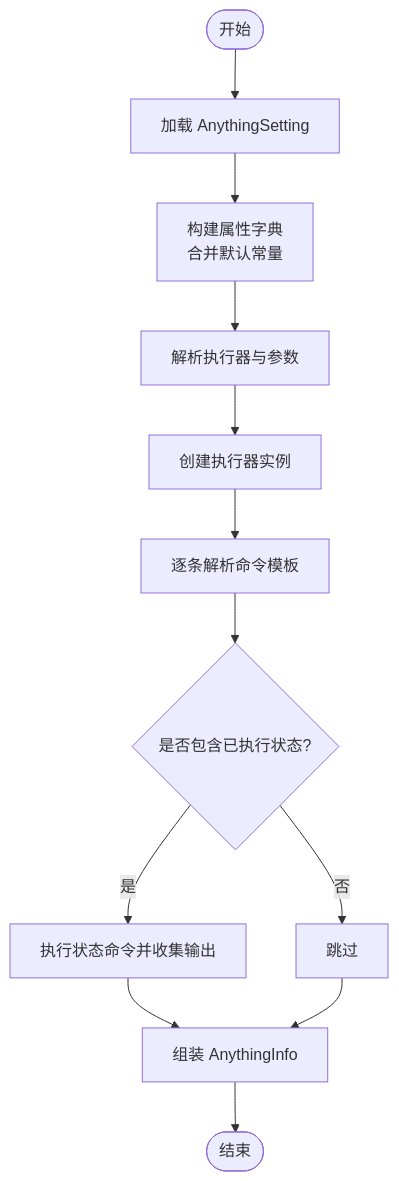
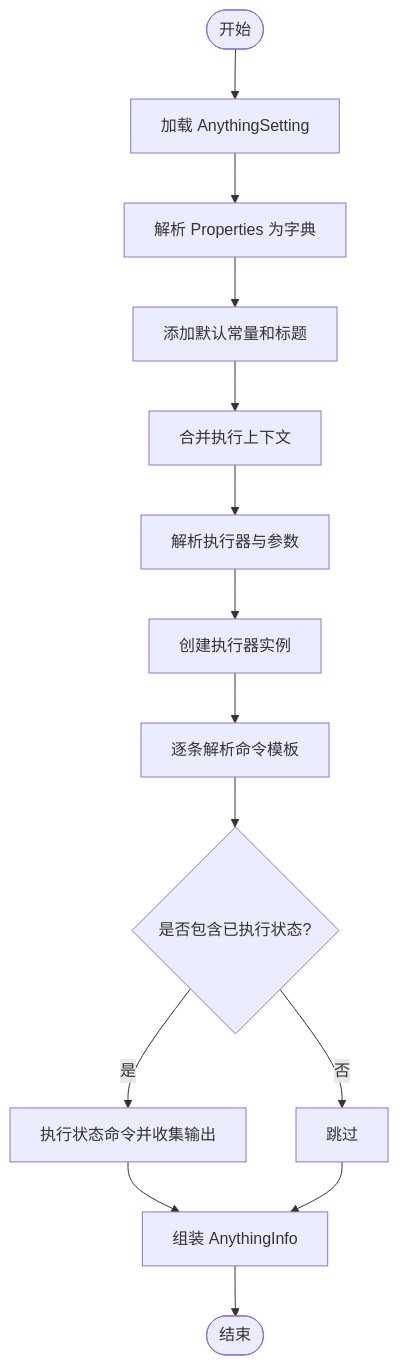
Before and after one commit to Sosososolong/AirGo: the sixth of 8 diagrams in .qoder/repowiki/zh/content/远程主机管理模块/AnythingService 核心功能.md, drawn with Mermaid. The commit also changed other lines of this file and 7 other files, not shown here.

````diff
--- a/.qoder/repowiki/zh/content/远程主机管理模块/AnythingService 核心功能.md
+++ b/.qoder/repowiki/zh/content/远程主机管理模块/AnythingService 核心功能.md
@@ -319,14 +387,16 @@
 ```mermaid
 flowchart TD
 Start(["开始"]) --> LoadSetting["加载 AnythingSetting"]
-LoadSetting --> BuildProps["构建属性字典<br/>合并默认常量"]
-BuildProps --> ParseExecutor["解析执行器与参数"]
-ParseExecutor --> CreateExecutor["创建执行器实例"]
+LoadSetting --> ParseProps["解析 Properties 为字典"]
+ParseProps --> AddDefaults["添加默认常量和标题"]
+AddDefaults --> MergeContext["合并执行上下文"]
+MergeContext --> BuildExecutor["解析执行器与参数"]
+BuildExecutor --> CreateExecutor["创建执行器实例"]
 CreateExecutor --> ResolveCmds["逐条解析命令模板"]
 ResolveCmds --> PreState{"是否包含已执行状态?"}
 PreState --> |是| ExecState["执行状态命令并收集输出"]
 PreState --> |否| SkipState["跳过"]
 ExecState --> BuildInfo["组装 AnythingInfo"]
 SkipState --> BuildInfo
 BuildInfo --> End(["结束"])
 ```
````
